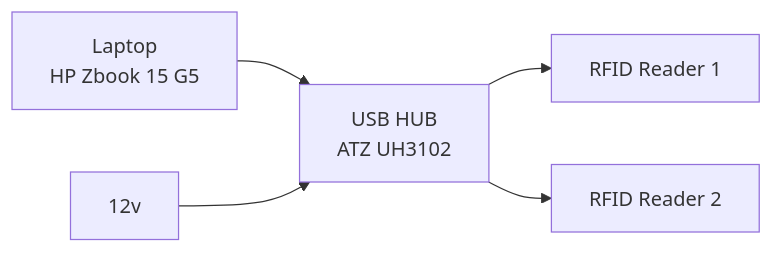
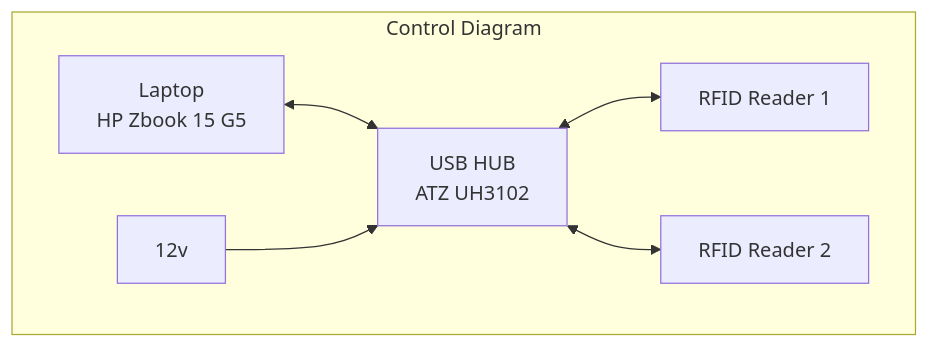
One commit to Josephhtoo/EGL315-AY23-24 changed the second of 2 diagrams in README.md. Above: the diagram before and after it, drawn with Mermaid. The commit also changed other lines of this file and 4 other files, not shown here.

````diff
--- a/README.md
+++ b/README.md
@@ -33,8 +44,9 @@
-```mermaid
+```mermaid 
+flowchart 
+    subgraph Control Diagram
+        A[Laptop<br>HP Zbook 15 G5] <--> B[USB HUB<br> ATZ UH3102] <--> C[RFID Reader 1<br>]
+        B[USB HUB<br> ATZ UH3102] <--> D[RFID Reader 2<br>]
+    F[12v] --> B
+    end
 
-graph LR
-A[Laptop<br>HP Zbook 15 G5] --> B[USB HUB<br> ATZ UH3102] --> C[RFID Reader 1<br>]
-B[USB HUB<br> ATZ UH3102] --> D[RFID Reader 2<br>]
-
-F[12v] --> B
 ```
````
